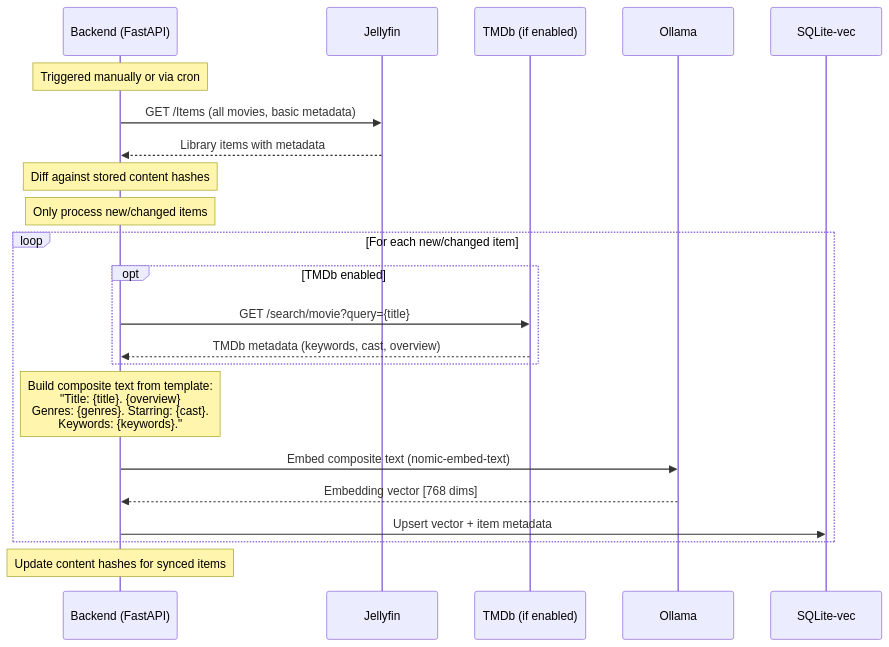
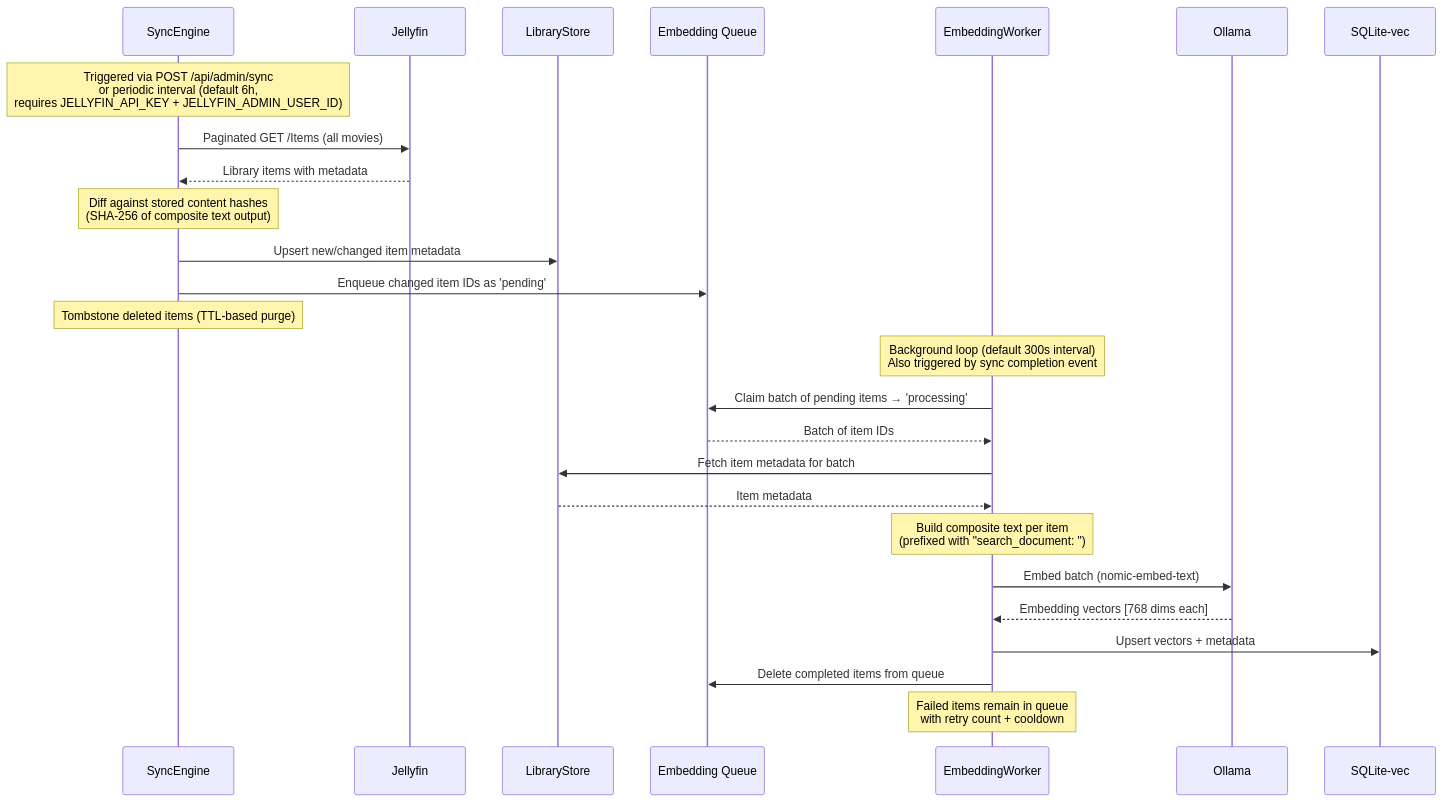
Before and after one commit to PCritchfield/ai-movie-suggester: the third of 4 diagrams in ARCHITECTURE.md, drawn with Mermaid. The commit also changed other lines of this file and 1 other file, not shown here.

First line of the commit message:
docs: update ARCHITECTURE.md and AGENTS.md to reflect Specs 05–15 (#151)

````diff
--- a/ARCHITECTURE.md
+++ b/ARCHITECTURE.md
@@ -69,27 +79,30 @@
 ```mermaid
 sequenceDiagram
-    participant B as Backend (FastAPI)
+    participant S as SyncEngine
     participant J as Jellyfin
-    participant T as TMDb (if enabled)
+    participant L as LibraryStore
+    participant Q as Embedding Queue
+    participant W as EmbeddingWorker
     participant O as Ollama
     participant V as SQLite-vec
 
-    Note over B: Triggered manually or via cron
-    B->>J: GET /Items (all movies, basic metadata)
-    J-->>B: Library items with metadata
-    Note over B: Diff against stored content hashes
-    Note over B: Only process new/changed items
+    Note over S: Triggered via POST /api/admin/sync<br/>or periodic interval (default 6h,<br/>requires JELLYFIN_API_KEY + JELLYFIN_ADMIN_USER_ID)
+    S->>J: Paginated GET /Items (all movies)
+    J-->>S: Library items with metadata
+    Note over S: Diff against stored content hashes<br/>(SHA-256 of composite text output)
+    S->>L: Upsert new/changed item metadata
+    S->>Q: Enqueue changed item IDs as 'pending'
+    Note over S: Tombstone deleted items (TTL-based purge)
 
-    loop For each new/changed item
-        opt TMDb enabled
-            B->>T: GET /search/movie?query={title}
-            T-->>B: TMDb metadata (keywords, cast, overview)
-        end
-        Note over B: Build composite text from template:<br/>"Title: {title}. {overview}<br/>Genres: {genres}. Starring: {cast}.<br/>Keywords: {keywords}."
-        B->>O: Embed composite text (nomic-embed-text)
-        O-->>B: Embedding vector [768 dims]
-        B->>V: Upsert vector + item metadata
-    end
-
-    Note over B: Update content hashes for synced items
+    Note over W: Background loop (default 300s interval)<br/>Also triggered by sync completion event
+    W->>Q: Claim batch of pending items → 'processing'
+    Q-->>W: Batch of item IDs
+    W->>L: Fetch item metadata for batch
+    L-->>W: Item metadata
+    Note over W: Build composite text per item<br/>(prefixed with "search_document: ")
+    W->>O: Embed batch (nomic-embed-text)
+    O-->>W: Embedding vectors [768 dims each]
+    W->>V: Upsert vectors + metadata
+    W->>Q: Delete completed items from queue
+    Note over W: Failed items remain in queue<br/>with retry count + cooldown
 ```
````
